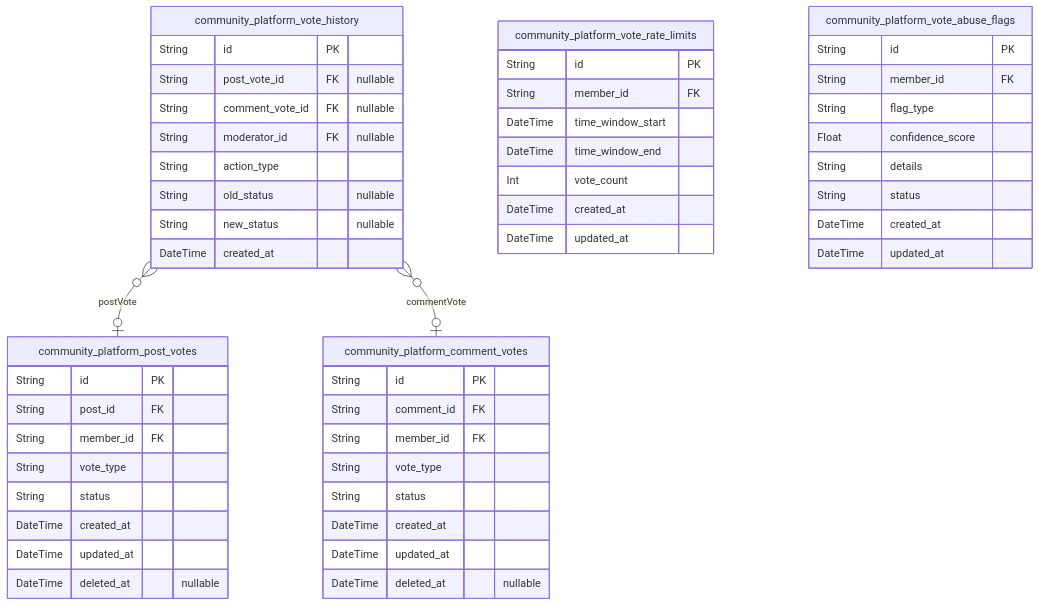
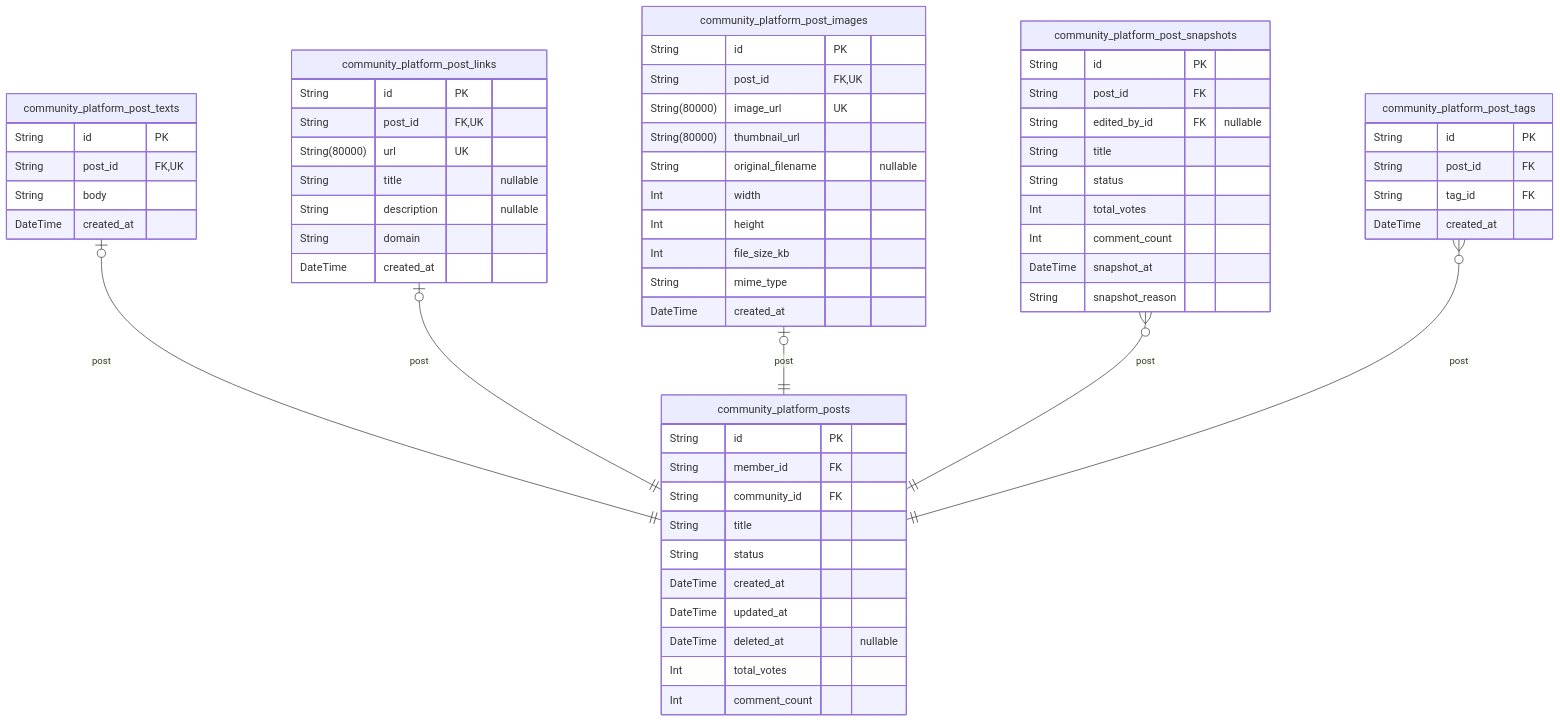
One commit to wrtnlabs/autobe-examples changed the fourth of 10 diagrams in qwen/qwen3-next-80b-a3b-instruct/reddit/docs/ERD.md. Above: the diagram before and after it, drawn with Mermaid. The commit also changed other lines of this file and 22498 other files, not shown here.

````diff
--- a/qwen/qwen3-next-80b-a3b-instruct/reddit/docs/ERD.md
+++ b/qwen/qwen3-next-80b-a3b-instruct/reddit/docs/ERD.md
@@ -900,54 +1440,64 @@
 ```mermaid
 erDiagram
-"community_platform_post_votes" {
+"community_platform_posts" {
   String id PK
-  String post_id FK
   String member_id FK
-  String vote_type
+  String community_id FK
+  String title
   String status
   DateTime created_at
   DateTime updated_at
   DateTime deleted_at "nullable"
+  Int total_votes
+  Int comment_count
 }
-"community_platform_comment_votes" {
+"community_platform_post_texts" {
   String id PK
-  String comment_id FK
-  String member_id FK
-  String vote_type
-  String status
-  DateTime created_at
-  DateTime updated_at
-  DateTime deleted_at "nullable"
-}
-"community_platform_vote_history" {
-  String id PK
-  String post_vote_id FK "nullable"
-  String comment_vote_id FK "nullable"
-  String moderator_id FK "nullable"
-  String action_type
-  String old_status "nullable"
-  String new_status "nullable"
+  String post_id FK,UK
+  String body
   DateTime created_at
 }
-"community_platform_vote_rate_limits" {
+"community_platform_post_links" {
   String id PK
-  String member_id FK
-  DateTime time_window_start
-  DateTime time_window_end
-  Int vote_count
+  String post_id FK,UK
+  String(80000) url UK
+  String title "nullable"
+  String description "nullable"
+  String domain
   DateTime created_at
-  DateTime updated_at
 }
-"community_platform_vote_abuse_flags" {
+"community_platform_post_images" {
   String id PK
-  String member_id FK
-  String flag_type
-  Float confidence_score
-  String details
+  String post_id FK,UK
+  String(80000) image_url UK
+  String(80000) thumbnail_url
+  String original_filename "nullable"
+  Int width
+  Int height
+  Int file_size_kb
+  String mime_type
+  DateTime created_at
+}
+"community_platform_post_snapshots" {
+  String id PK
+  String post_id FK
+  String edited_by_id FK "nullable"
+  String title
   String status
+  Int total_votes
+  Int comment_count
+  DateTime snapshot_at
+  String snapshot_reason
+}
+"community_platform_post_tags" {
+  String id PK
+  String post_id FK
+  String tag_id FK
   DateTime created_at
-  DateTime updated_at
 }
-"community_platform_vote_history" }o--o| "community_platform_post_votes" : postVote
-"community_platform_vote_history" }o--o| "community_platform_comment_votes" : commentVote
+"community_platform_post_texts" |o--|| "community_platform_posts" : post
+"community_platform_post_links" |o--|| "community_platform_posts" : post
+"community_platform_post_images" |o--|| "community_platform_posts" : post
+"community_platform_post_snapshots" }o--|| "community_platform_posts" : post
+"community_platform_post_tags" }o--|| "community_platform_posts" : post
 ```
````
